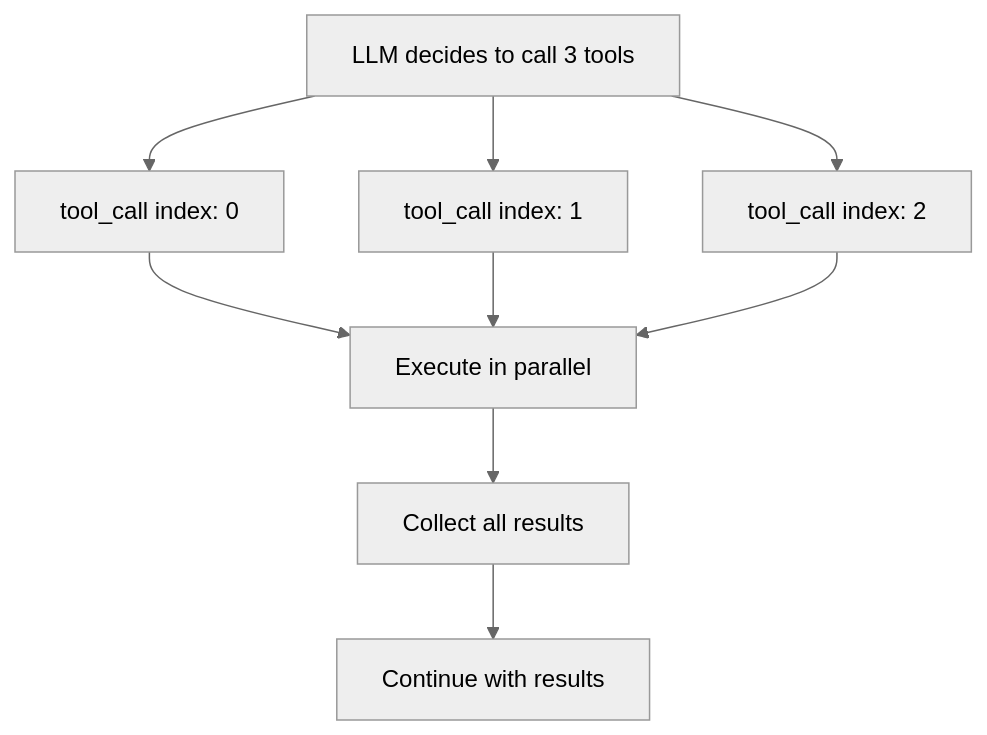
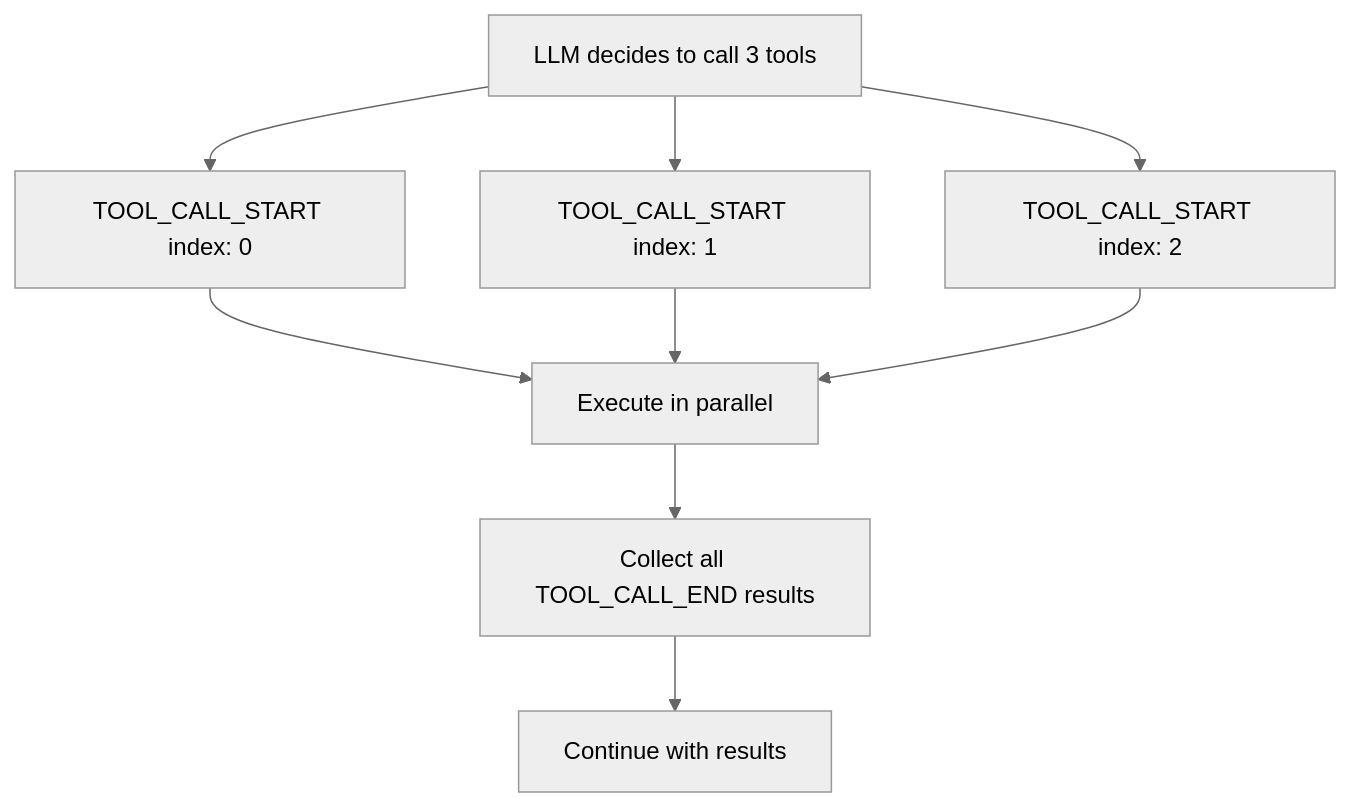
One commit to TanStack/ai changed the fourth of 4 diagrams in docs/guides/tool-architecture.md. Above: the diagram before and after it, drawn with Mermaid (neutral theme). The commit also changed other lines of this file and 8 other files, not shown here.

````diff
--- a/docs/guides/tool-architecture.md
+++ b/docs/guides/tool-architecture.md
@@ -326,11 +327,11 @@
 ```mermaid
 graph TD
-    A[LLM decides to call 3 tools] --> B[tool_call index: 0]
-    A --> C[tool_call index: 1]
-    A --> D[tool_call index: 2]
+    A[LLM decides to call 3 tools] --> B[TOOL_CALL_START index: 0]
+    A --> C[TOOL_CALL_START index: 1]
+    A --> D[TOOL_CALL_START index: 2]
     B --> E[Execute in parallel]
     C --> E
     D --> E
-    E --> F[Collect all results]
+    E --> F[Collect all TOOL_CALL_END results]
     F --> G[Continue with results]
 ```
````
